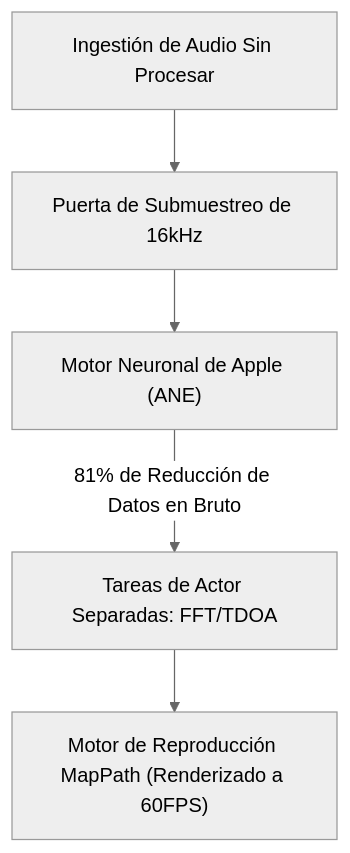
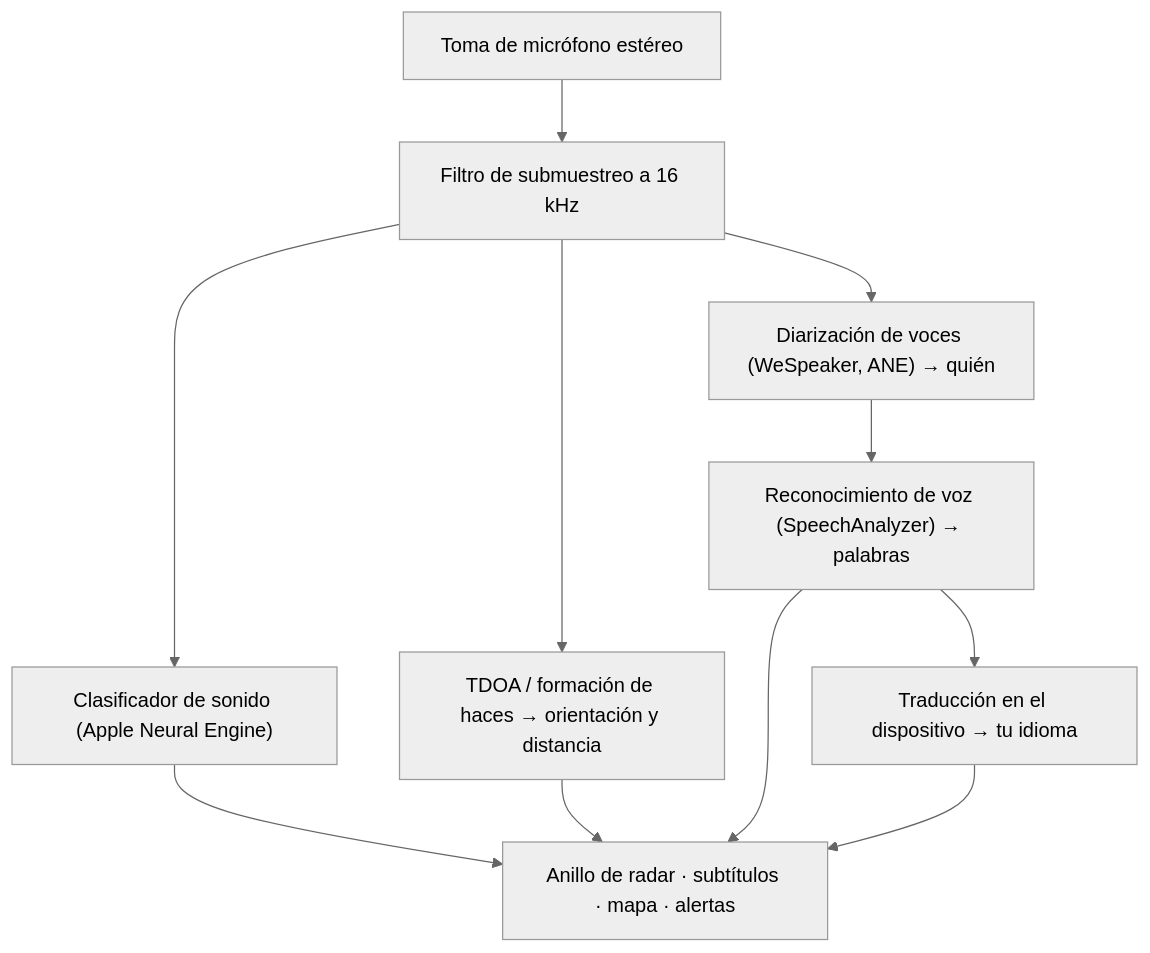
Before and after one commit to rpalm01-star/VigilantEarLegal: the diagram in README_es.md, drawn with Mermaid (neutral theme). The commit also changed other lines of this file and 6 other files, not shown here.

````diff
--- a/README_es.md
+++ b/README_es.md
@@ -39,7 +73,10 @@
 ```mermaid
 graph TD
-    A["Ingestión de Audio Sin Procesar"] --> B["Puerta de Submuestreo de 16kHz"]
-    B --> C["Motor Neuronal de Apple (ANE)"]
-    C -- "81% de Reducción de Datos en Bruto" --> D["Tareas de Actor Separadas: FFT/TDOA"]
-    D --> E["Motor de Reproducción MapPath (Renderizado a 60FPS)"]
+    A["Toma de micrófono estéreo"] --> B["Filtro de submuestreo a 16 kHz"]
+    B --> C["Clasificador de sonido (Apple Neural Engine)"]
+    B --> D["TDOA / formación de haces → orientación y distancia"]
+    B --> E["Diarización de voces (WeSpeaker, ANE) → quién"]
+    E --> F["Reconocimiento de voz (SpeechAnalyzer) → palabras"]
+    F --> G["Traducción en el dispositivo → tu idioma"]
+    C & D & F & G --> H["Anillo de radar · subtítulos · mapa · alertas"]
 ```
````
